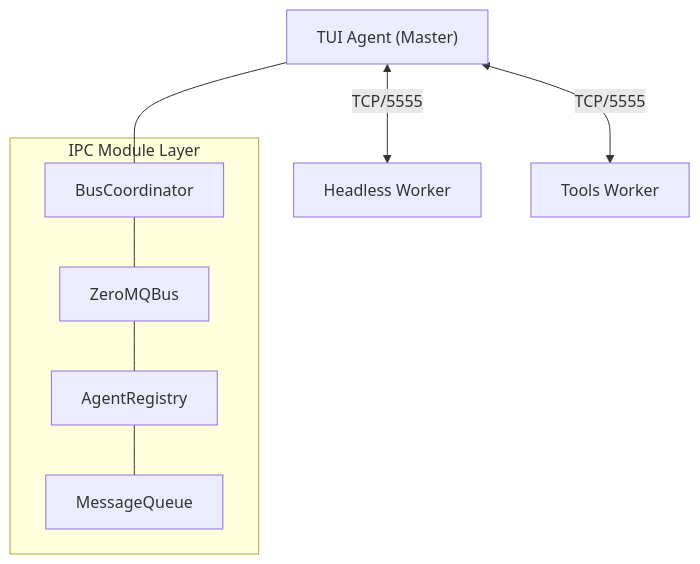
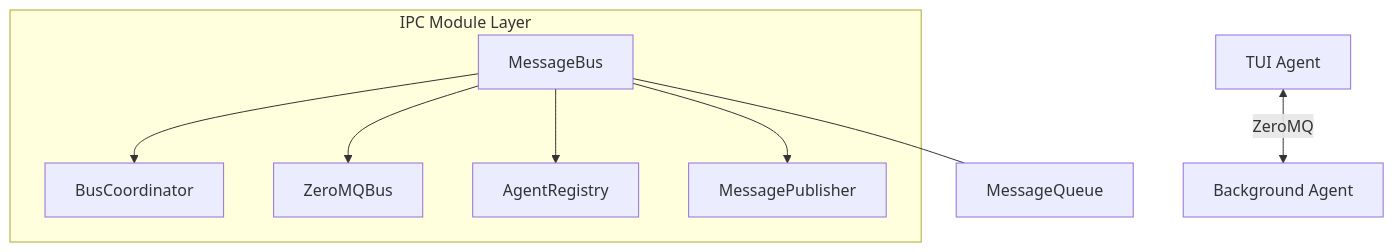
The diagram in src/cognition-cli/src/ipc/README.md (mirzahusadzic/cogx), drawn with Mermaid before and after one commit. The commit also changed other lines of this file and 6 other files, not shown here.

First line of the commit message:
refactor(ipc): consolidate ZeroMQBus and BusCoordinator into MessageBus

````diff
--- a/src/cognition-cli/src/ipc/README.md
+++ b/src/cognition-cli/src/ipc/README.md
@@ -19,17 +19,14 @@
 ```mermaid
 graph TD
-    AgentA["TUI Agent (Master)"] <-->|TCP/5555| AgentB[Headless Worker]
-    AgentA <-->|TCP/5555| AgentC[Tools Worker]
+    AgentA["TUI Agent"] <-->|ZeroMQ| AgentB["Background Agent"]
 
     subgraph "IPC Module Layer"
-        Coord[BusCoordinator]
-        ZMQ[ZeroMQBus]
-        Reg[AgentRegistry]
-        Queue[MessageQueue]
+        MB[MessageBus]
+        MB --> Coord[BusCoordinator]
+        MB --> ZMQ[ZeroMQBus]
+        MB --> Reg[AgentRegistry]
+        MB --> Pub[MessagePublisher]
     end
 
-    AgentA --- Coord
-    Coord --- ZMQ
-    ZMQ --- Reg
-    Reg --- Queue
+    MB --- Queue[MessageQueue]
 ```
````
